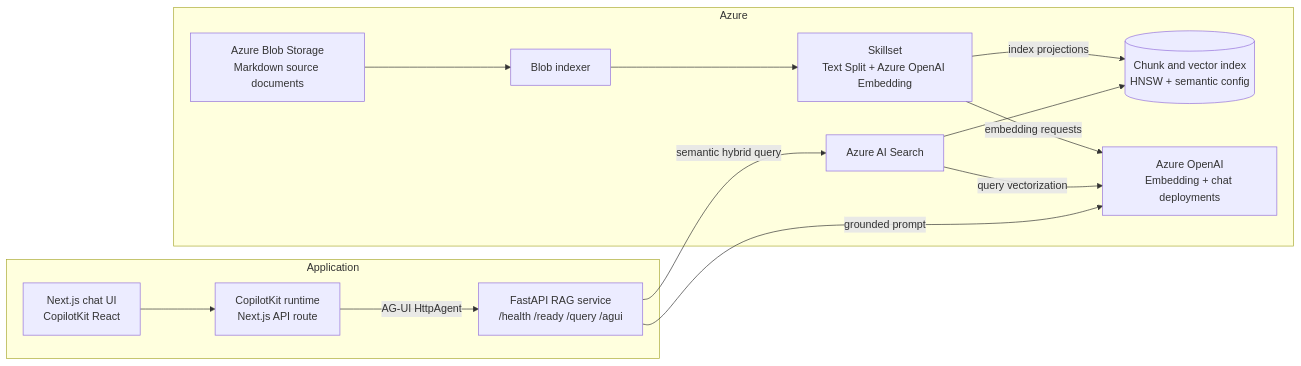
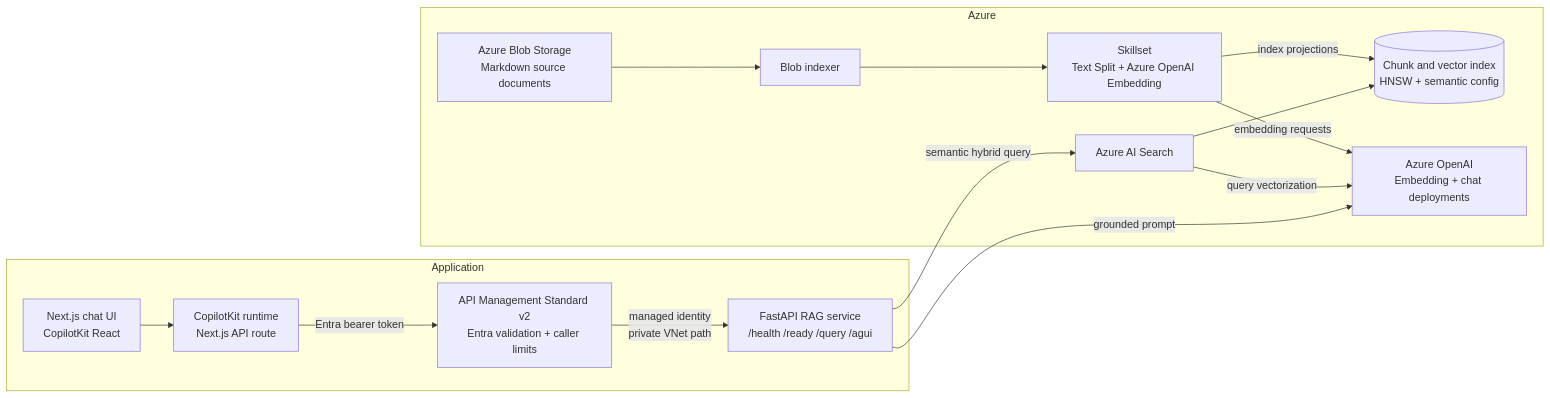
The first of 3 diagrams in README.md (KostasCherv/azure-rag-system), drawn with Mermaid before and after one commit. The commit also changed other lines of this file and 3 other files, not shown here.

````diff
--- a/README.md
+++ b/README.md
@@ -9,28 +9,30 @@
 ```mermaid
 flowchart LR
     subgraph Azure[Azure]
         Blob[Azure Blob Storage<br/>Markdown source documents]
         Search[Azure AI Search]
         Indexer[Blob indexer]
         Skills[Skillset<br/>Text Split + Azure OpenAI Embedding]
         Index[(Chunk and vector index<br/>HNSW + semantic config)]
         AOAI[Azure OpenAI<br/>Embedding + chat deployments]
     end
 
     subgraph App[Application]
+        APIM[API Management Standard v2<br/>Entra validation + caller limits]
         API[FastAPI RAG service<br/>/health /ready /query /agui]
         Runtime[CopilotKit runtime<br/>Next.js API route]
         UI[Next.js chat UI<br/>CopilotKit React]
     end
 
     Blob --> Indexer
     Indexer --> Skills
     Skills -->|embedding requests| AOAI
     Skills -->|index projections| Index
     API -->|semantic hybrid query| Search
     Search --> Index
     Search -->|query vectorization| AOAI
     API -->|grounded prompt| AOAI
     UI --> Runtime
-    Runtime -->|AG-UI HttpAgent| API
+    Runtime -->|Entra bearer token| APIM
+    APIM -->|managed identity<br/>private VNet path| API
 ```
````
